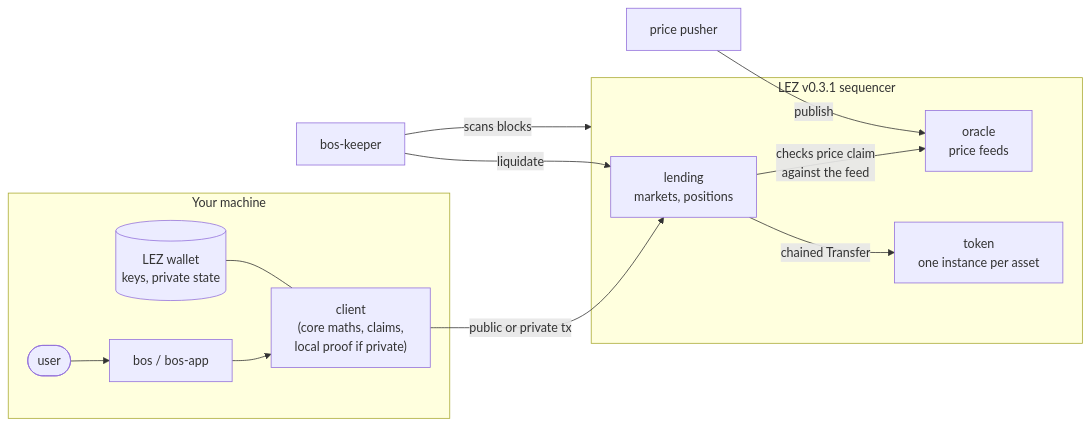
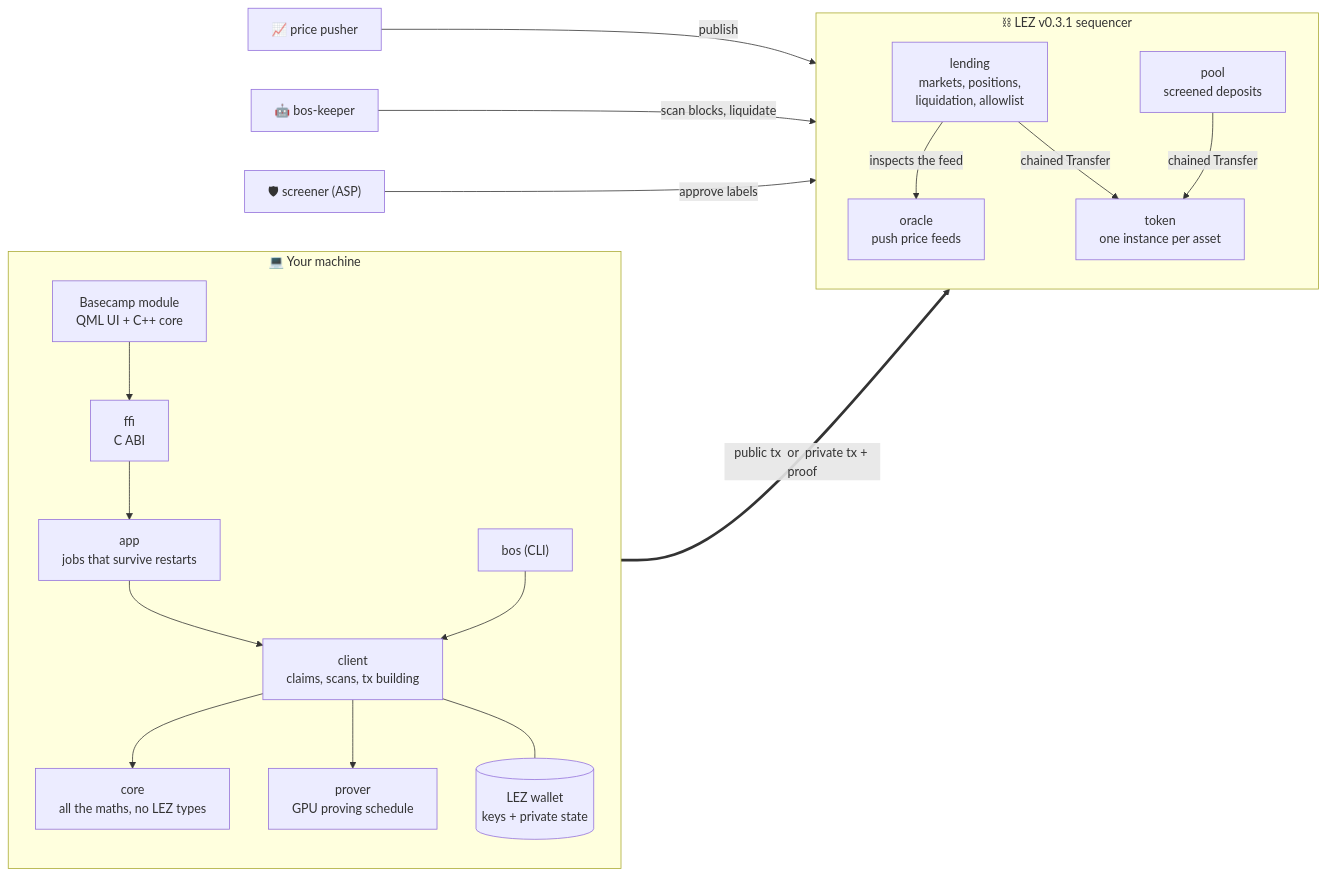
Before and after one commit to merkle-groot/bosphorus: the first of 7 diagrams in README.md, drawn with Mermaid. The commit also changed other lines of this file and 2 other files, not shown here.

````diff
--- a/README.md
+++ b/README.md
@@ -30,21 +64,35 @@
 ```mermaid
 flowchart LR
-    subgraph local["Your machine"]
-        user(["user"]) --> front["bos / bos-app"]
-        front --> client["client<br/>(core maths, claims,<br/>local proof if private)"]
-        wallet[("LEZ wallet<br/>keys, private state")] --- client
+    subgraph local["💻 Your machine"]
+        direction TB
+        ui["Basecamp module<br/>QML UI + C++ core"]
+        cli["bos (CLI)"]
+        ffi["ffi<br/>C ABI"]
+        app["app<br/>jobs that survive restarts"]
+        client["client<br/>claims, scans, tx building"]
+        core["core<br/>all the maths, no LEZ types"]
+        prover["prover<br/>GPU proving schedule"]
+        wallet[("LEZ wallet<br/>keys + private state")]
+        ui --> ffi --> app --> client
+        cli --> client
+        client --> core
+        client --> prover
+        client --- wallet
     end
 
-    subgraph lez["LEZ v0.3.1 sequencer"]
-        lending["lending<br/>markets, positions"]
-        oracle["oracle<br/>price feeds"]
+    subgraph lez["⛓ LEZ v0.3.1 sequencer"]
+        direction TB
+        lending["lending<br/>markets, positions,<br/>liquidation, allowlist"]
+        oracle["oracle<br/>push price feeds"]
         token["token<br/>one instance per asset"]
-        lending -- "checks price claim<br/>against the feed" --> oracle
+        pool["pool<br/>screened deposits"]
+        lending -- "inspects the feed" --> oracle
         lending -- "chained Transfer" --> token
+        pool -- "chained Transfer" --> token
     end
 
-    client -- "public or private tx" --> lending
-    pusher["price pusher"] -- publish --> oracle
-    keeper["bos-keeper"] -- "scans blocks" --> lez
-    keeper -- liquidate --> lending
+    client == "public tx  or  private tx + proof" ==> lez
+    pusher["📈 price pusher"] -- publish --> oracle
+    keeper["🤖 bos-keeper"] -- "scan blocks, liquidate" --> lending
+    asp["🛡 screener (ASP)"] -- "approve labels" --> pool
 ```
````
